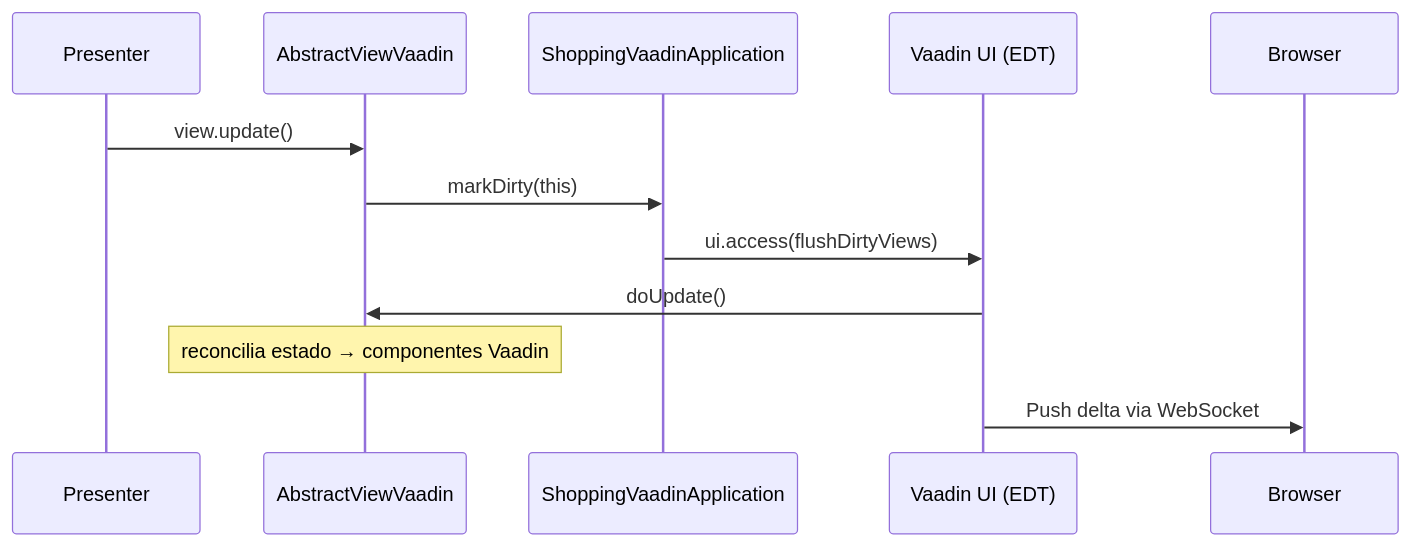
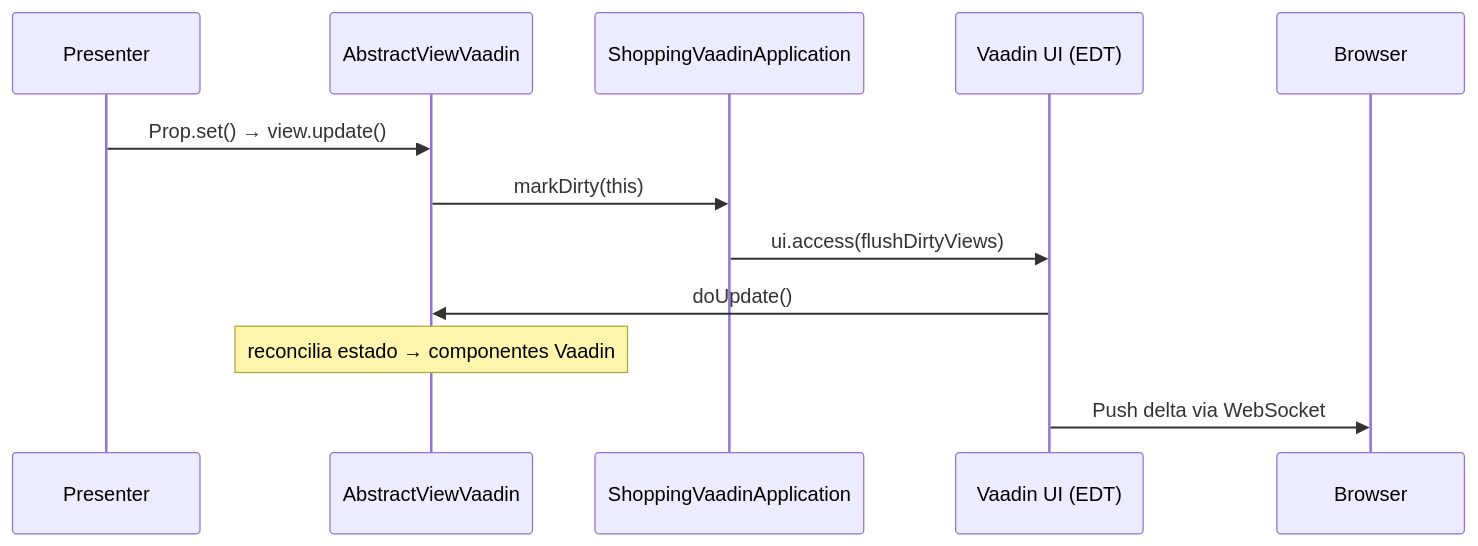
The second of 4 diagrams in fontes/br.com.wdc.shopping/br.com.wdc.shopping.view.vaadin/README.md (mrcdom/wdc-cube-java-v2), drawn with Mermaid before and after one commit. The commit also changed other lines of this file and 64 other files, not shown here.

````diff
--- a/fontes/br.com.wdc.shopping/br.com.wdc.shopping.view.vaadin/README.md
+++ b/fontes/br.com.wdc.shopping/br.com.wdc.shopping.view.vaadin/README.md
@@ -217,15 +211,15 @@
 ```mermaid
 sequenceDiagram
     participant P as Presenter
     participant V as AbstractViewVaadin
     participant A as ShoppingVaadinApplication
     participant UI as Vaadin UI (EDT)
     participant B as Browser
 
-    P->>V: view.update()
+    P->>V: Prop.set() → view.update()
     V->>A: markDirty(this)
     A->>UI: ui.access(flushDirtyViews)
     UI->>V: doUpdate()
     Note over V: reconcilia estado → componentes Vaadin
     UI->>B: Push delta via WebSocket
 ```
````
